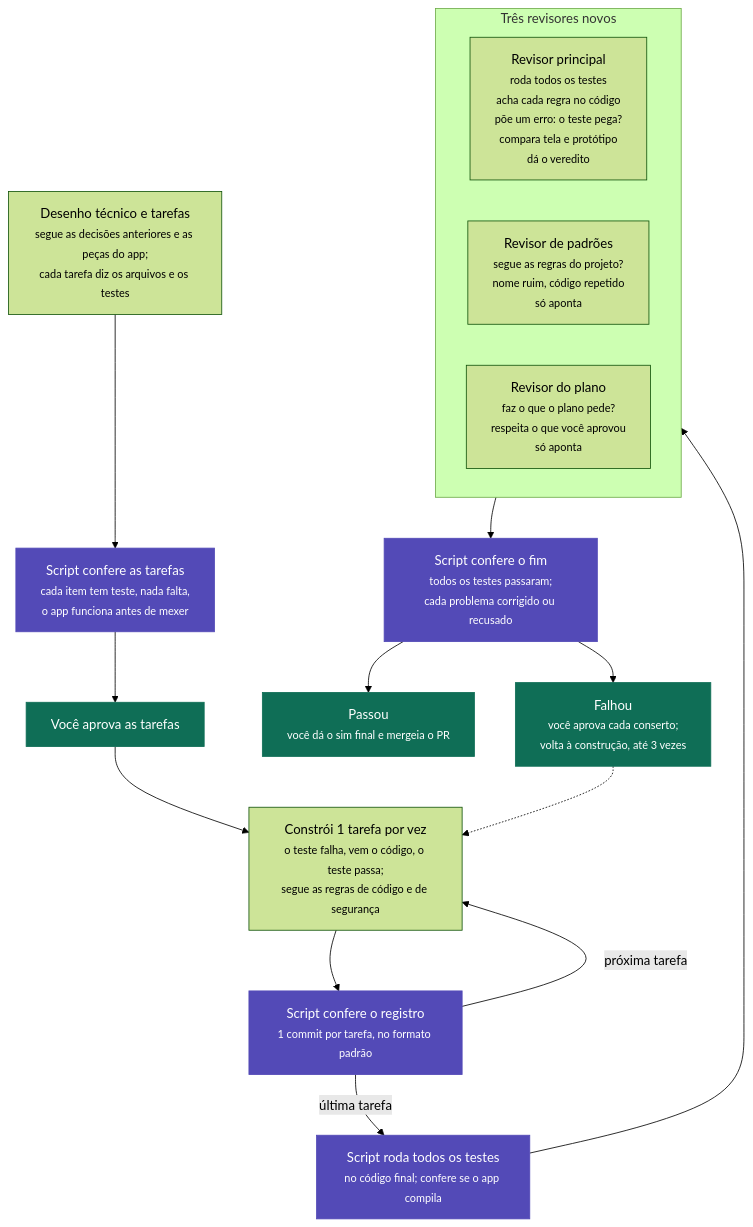
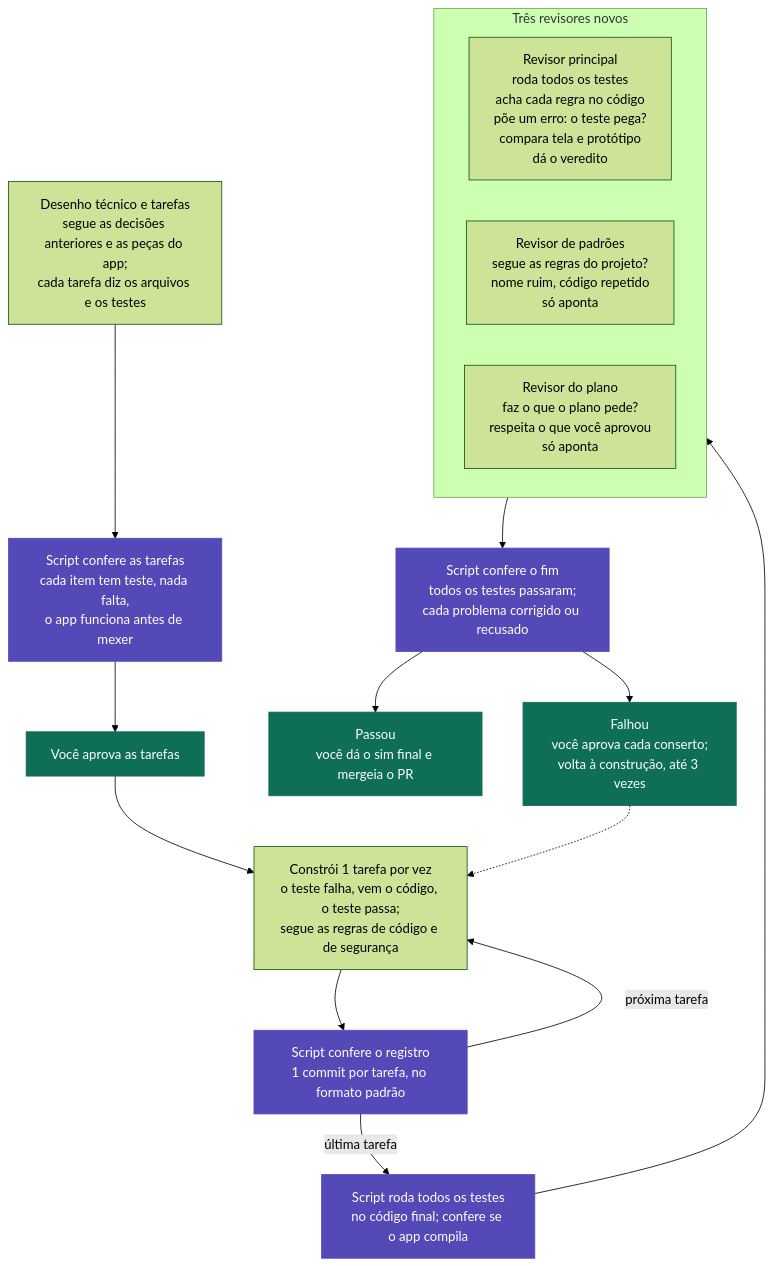
One commit to cassianodiniz/cass changed the second of 2 diagrams in README.md. Above: the diagram before and after it, drawn with Mermaid (forest theme). The commit also changed other lines of this file, not shown here.

Commit message:
README: tira a tag small dos fluxogramas, que cortava o texto no GitHub

````diff
--- a/README.md
+++ b/README.md
@@ -79,28 +79,28 @@
 ```mermaid
 flowchart TD
-    A["Desenho técnico e tarefas<br/><small>segue as decisões anteriores e as peças do app;<br/>cada tarefa diz os arquivos e os testes</small>"]
-    B["Script confere as tarefas<br/><small>cada item tem teste, nada falta,<br/>o app funciona antes de mexer</small>"]
+    A["Desenho técnico e tarefas<br/>segue as decisões anteriores e as peças do app;<br/>cada tarefa diz os arquivos e os testes"]
+    B["Script confere as tarefas<br/>cada item tem teste, nada falta,<br/>o app funciona antes de mexer"]
     C["Você aprova as tarefas"]
-    D["Constrói 1 tarefa por vez<br/><small>o teste falha, vem o código, o teste passa;<br/>segue as regras de código e de segurança</small>"]
-    E["Script confere o registro<br/><small>1 commit por tarefa, no formato padrão</small>"]
-    F["Script roda todos os testes<br/><small>no código final; confere se o app compila</small>"]
+    D["Constrói 1 tarefa por vez<br/>o teste falha, vem o código, o teste passa;<br/>segue as regras de código e de segurança"]
+    E["Script confere o registro<br/>1 commit por tarefa, no formato padrão"]
+    F["Script roda todos os testes<br/>no código final; confere se o app compila"]
     subgraph R["Três revisores novos"]
         direction LR
-        R1["Revisor principal<br/><small>roda todos os testes<br/>acha cada regra no código<br/>põe um erro: o teste pega?<br/>compara tela e protótipo<br/>dá o veredito</small>"]
-        R2["Revisor de padrões<br/><small>segue as regras do projeto?<br/>nome ruim, código repetido<br/>só aponta</small>"]
-        R3["Revisor do plano<br/><small>faz o que o plano pede?<br/>respeita o que você aprovou<br/>só aponta</small>"]
+        R1["Revisor principal<br/>roda todos os testes<br/>acha cada regra no código<br/>põe um erro: o teste pega?<br/>compara tela e protótipo<br/>dá o veredito"]
+        R2["Revisor de padrões<br/>segue as regras do projeto?<br/>nome ruim, código repetido<br/>só aponta"]
+        R3["Revisor do plano<br/>faz o que o plano pede?<br/>respeita o que você aprovou<br/>só aponta"]
     end
-    G["Script confere o fim<br/><small>todos os testes passaram;<br/>cada problema corrigido ou recusado</small>"]
-    H["Passou<br/><small>você dá o sim final e mergeia o PR</small>"]
-    I["Falhou<br/><small>você aprova cada conserto;<br/>volta à construção, até 3 vezes</small>"]
+    G["Script confere o fim<br/>todos os testes passaram;<br/>cada problema corrigido ou recusado"]
+    H["Passou<br/>você dá o sim final e mergeia o PR"]
+    I["Falhou<br/>você aprova cada conserto;<br/>volta à construção, até 3 vezes"]
     A --> B --> C --> D --> E
     E -- próxima tarefa --> D
     E -- última tarefa --> F --> R --> G
     G --> H
     G --> I
     I -.-> D
     classDef script fill:#534AB7,stroke:#534AB7,color:#FFFFFF
     classDef sim fill:#0F6E56,stroke:#0F6E56,color:#FFFFFF
     class B,E,F,G script
     class C,H,I sim
 ```
````
